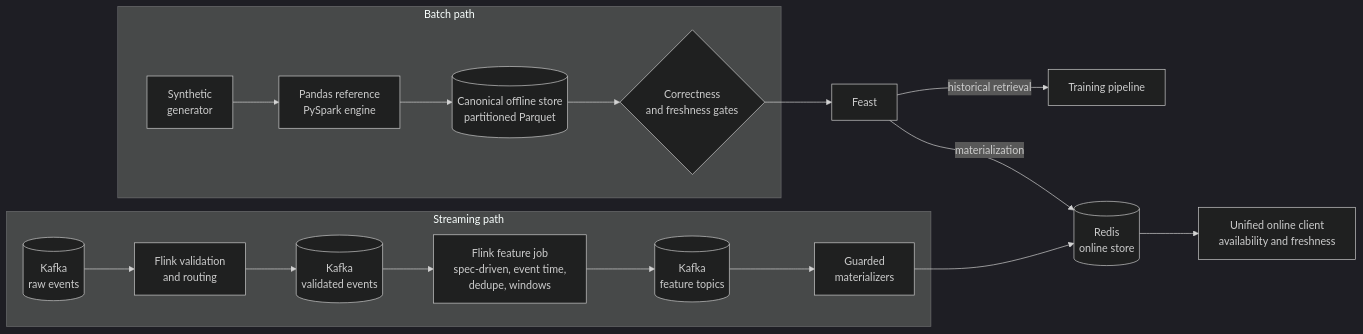
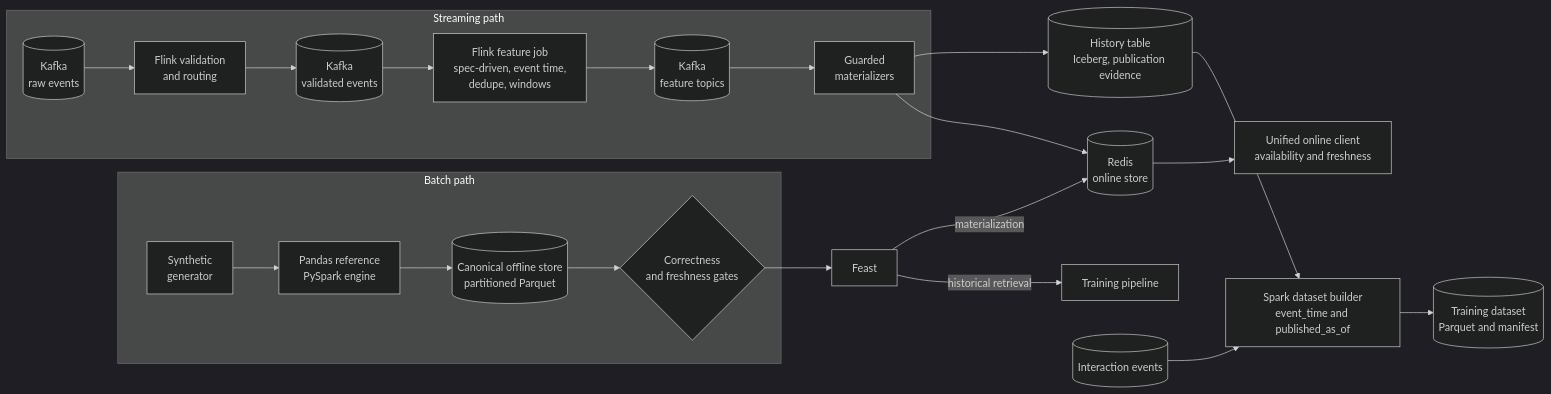
The first of 9 diagrams in ARCHITECTURE.md (oster-dev/featureforge), drawn with Mermaid (dark theme) before and after one commit. The commit also changed other lines of this file and 9 other files, not shown here.

Commit message:
docs: bring all documents up to date with history, labels and training datasets (#64)

````diff
--- a/ARCHITECTURE.md
+++ b/ARCHITECTURE.md
@@ -12,22 +12,26 @@
 ```mermaid
 flowchart LR
     subgraph Batch["Batch path"]
         GEN[Synthetic<br/>generator] --> REF[Pandas reference<br/>PySpark engine]
         REF --> OFF[(Canonical offline store<br/>partitioned Parquet)]
         OFF --> GATE{Correctness<br/>and freshness gates}
     end
 
     subgraph Stream["Streaming path"]
         K0[(Kafka<br/>raw events)] --> VAL[Flink validation<br/>and routing]
         VAL --> K1[(Kafka<br/>validated events)]
         K1 --> FJ[Flink feature job<br/>spec-driven, event time,<br/>dedupe, windows]
         FJ --> K2[(Kafka<br/>feature topics)]
         K2 --> MAT[Guarded<br/>materializers]
     end
 
     GATE --> FEAST[Feast]
     FEAST -->|historical retrieval| TRAIN[Training pipeline]
     FEAST -->|materialization| REDIS[(Redis<br/>online store)]
     MAT --> REDIS
+    MAT --> HIST[(History table<br/>Iceberg, publication evidence)]
+    EV[(Interaction events)] --> DS[Spark dataset builder<br/>event_time and published_as_of]
+    HIST --> DS
+    DS --> DSOUT[(Training dataset<br/>Parquet and manifest)]
     REDIS --> CLIENT[Unified online client<br/>availability and freshness]
 ```
````
